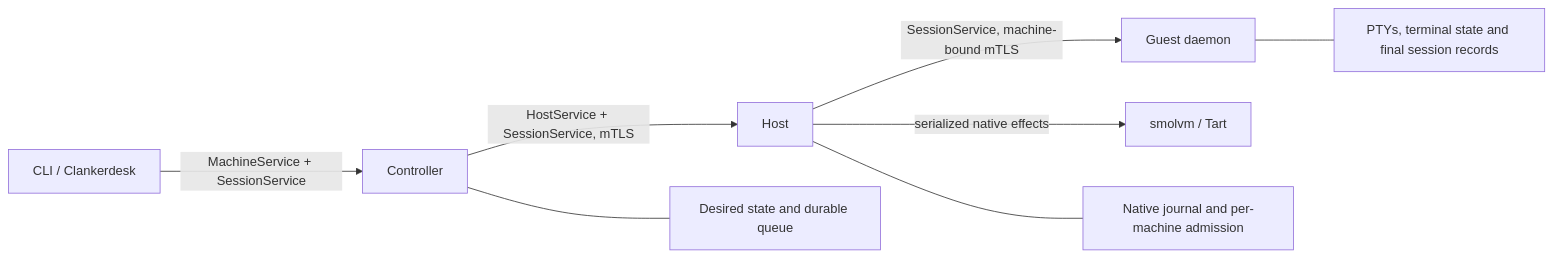
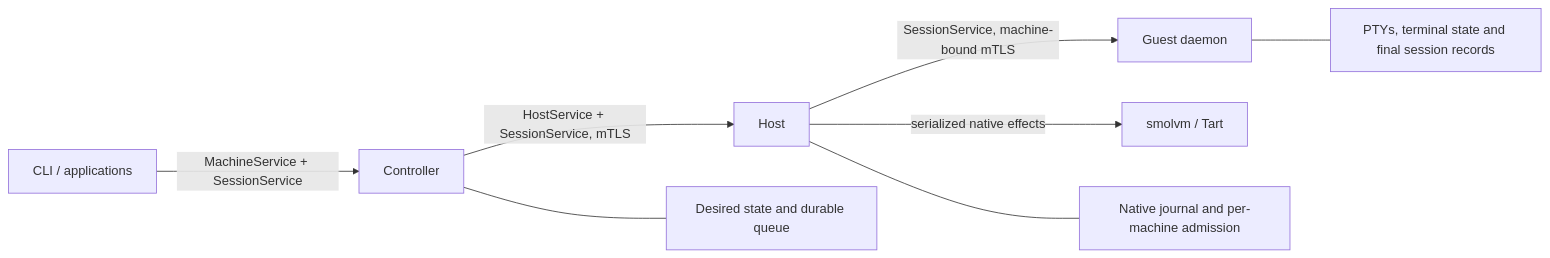
The diagram in docs/module-contracts.md (gjermundgaraba/clankerbox), drawn with Mermaid before and after one commit. The commit also changed other lines of this file and 76 other files, not shown here.

````diff
--- a/docs/module-contracts.md
+++ b/docs/module-contracts.md
@@ -7,10 +6,10 @@
 ```mermaid
 flowchart LR
-  C[CLI / Clankerdesk] -->|MachineService + SessionService| CO[Controller]
+  C[CLI / applications] -->|MachineService + SessionService| CO[Controller]
   CO -->|HostService + SessionService, mTLS| H[Host]
   H -->|SessionService, machine-bound mTLS| G[Guest daemon]
   H -->|serialized native effects| R[smolvm / Tart]
   CO --- Q[Desired state and durable queue]
   H --- J[Native journal and per-machine admission]
   G --- S[PTYs, terminal state and final session records]
 ```
````
